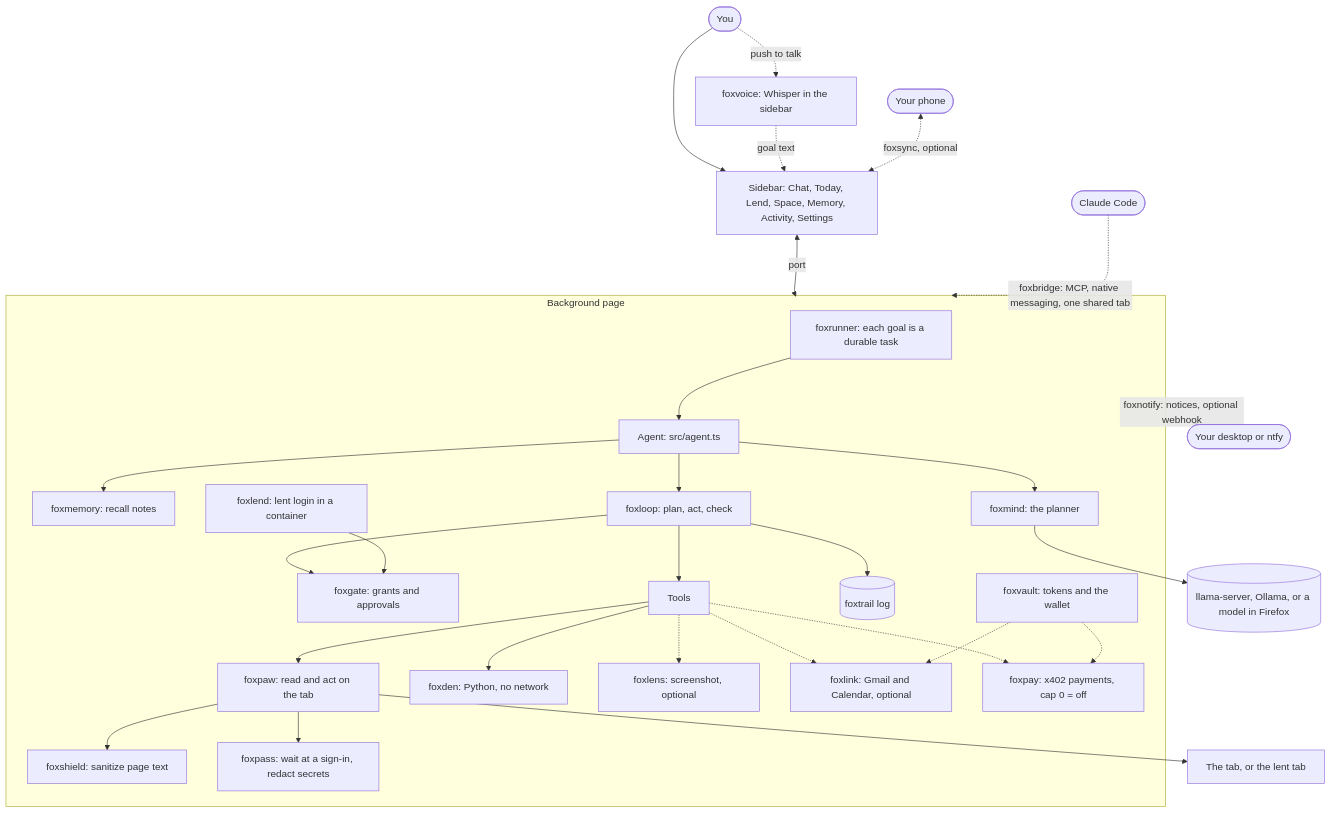
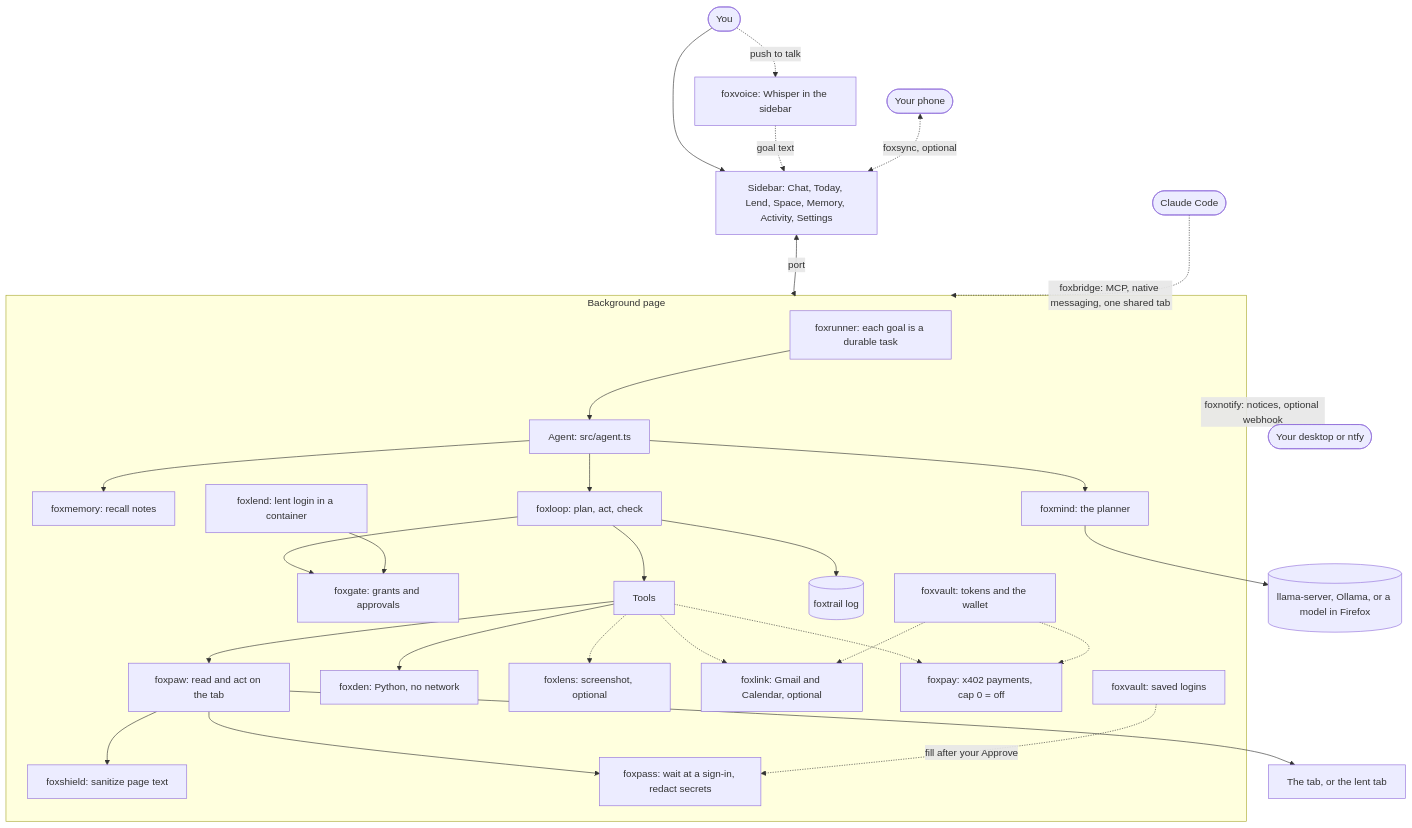
Before and after one commit to pooriaarab/foxmate: the first of 3 diagrams in README.md, drawn with Mermaid. The commit also changed other lines of this file and 10 other files, not shown here.

````diff
--- a/README.md
+++ b/README.md
@@ -85,30 +85,31 @@
 ```mermaid
 flowchart TB
   user([You]) --> sidebar[Sidebar: Chat, Today, Lend, Space, Memory, Activity, Settings]
   user -.->|push to talk| voice[foxvoice: Whisper in the sidebar] -.->|goal text| sidebar
   sidebar <-->|port| bg[Background page]
   phone([Your phone]) <-.->|foxsync, optional| sidebar
   bg -.->|foxnotify: notices, optional webhook| you([Your desktop or ntfy])
   claude([Claude Code]) -.->|foxbridge: MCP, native messaging, one shared tab| bg
   subgraph bg[Background page]
     runner[foxrunner: each goal is a durable task] --> agent[Agent: src/agent.ts]
     agent --> recall[foxmemory: recall notes]
     agent --> brain[foxmind: the planner]
     agent --> loop[foxloop: plan, act, check]
     loop --> gate[foxgate: grants and approvals]
     loop --> tools[Tools]
     loop --> trail[(foxtrail log)]
     tools --> paw[foxpaw: read and act on the tab]
     paw --> shield[foxshield: sanitize page text]
     paw --> pass[foxpass: wait at a sign-in, redact secrets]
     tools --> den[foxden: Python, no network]
     tools -.-> lens[foxlens: screenshot, optional]
     tools -.-> link[foxlink: Gmail and Calendar, optional]
     tools -.-> pay[foxpay: x402 payments, cap 0 = off]
     lend[foxlend: lent login in a container] --> gate
     vault[foxvault: tokens and the wallet] -.-> link
+    logins[foxvault: saved logins] -.->|fill after your Approve| pass
     vault -.-> pay
   end
   brain --> local[(llama-server, Ollama, or a model in Firefox)]
   paw --> tab[The tab, or the lent tab]
 ```
````
